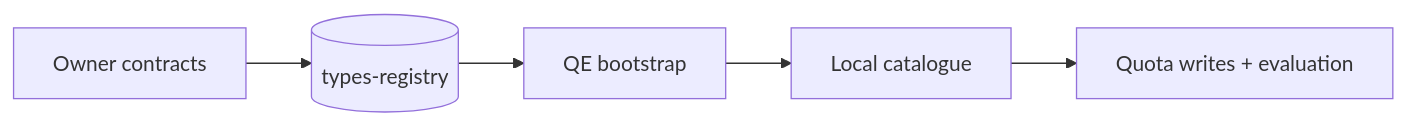
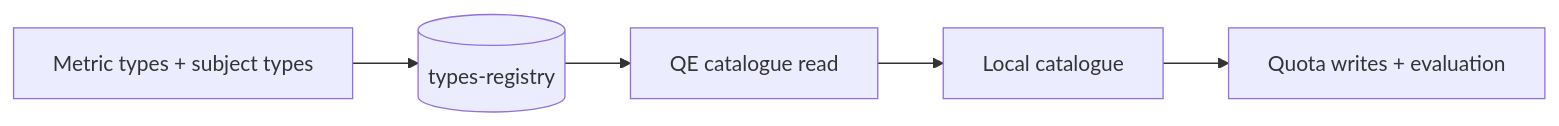
The first of 5 diagrams in gears/system/quota-enforcement/docs/GTS_PROJECTION_CONTRACT_FLOW.md (constructorfabric/gears-rust), drawn with Mermaid before and after one commit. The commit also changed other lines of this file and 48 other files, not shown here.

````diff
--- a/gears/system/quota-enforcement/docs/GTS_PROJECTION_CONTRACT_FLOW.md
+++ b/gears/system/quota-enforcement/docs/GTS_PROJECTION_CONTRACT_FLOW.md
@@ -9,7 +15,7 @@
 ```mermaid
 flowchart LR
-    contracts["Owner contracts"] --> registry[("types-registry")]
-    registry --> bootstrap["QE bootstrap"]
-    bootstrap --> catalog["Local catalogue"]
+    types["Metric types + subject types"] --> registry[("types-registry")]
+    registry --> read["QE catalogue read"]
+    read --> catalog["Local catalogue"]
     catalog --> runtime["Quota writes + evaluation"]
 ```
````
